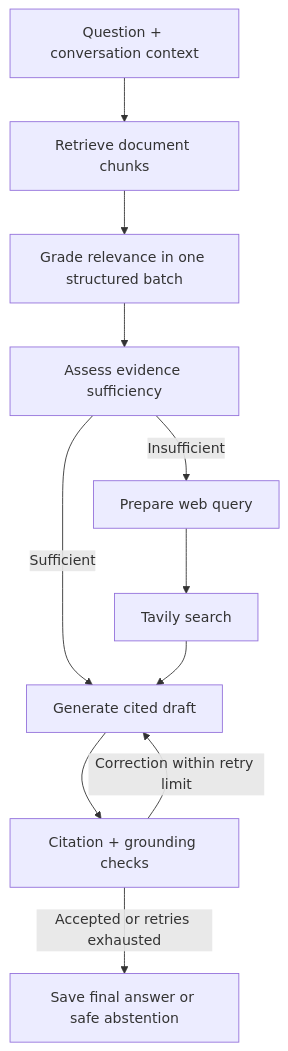
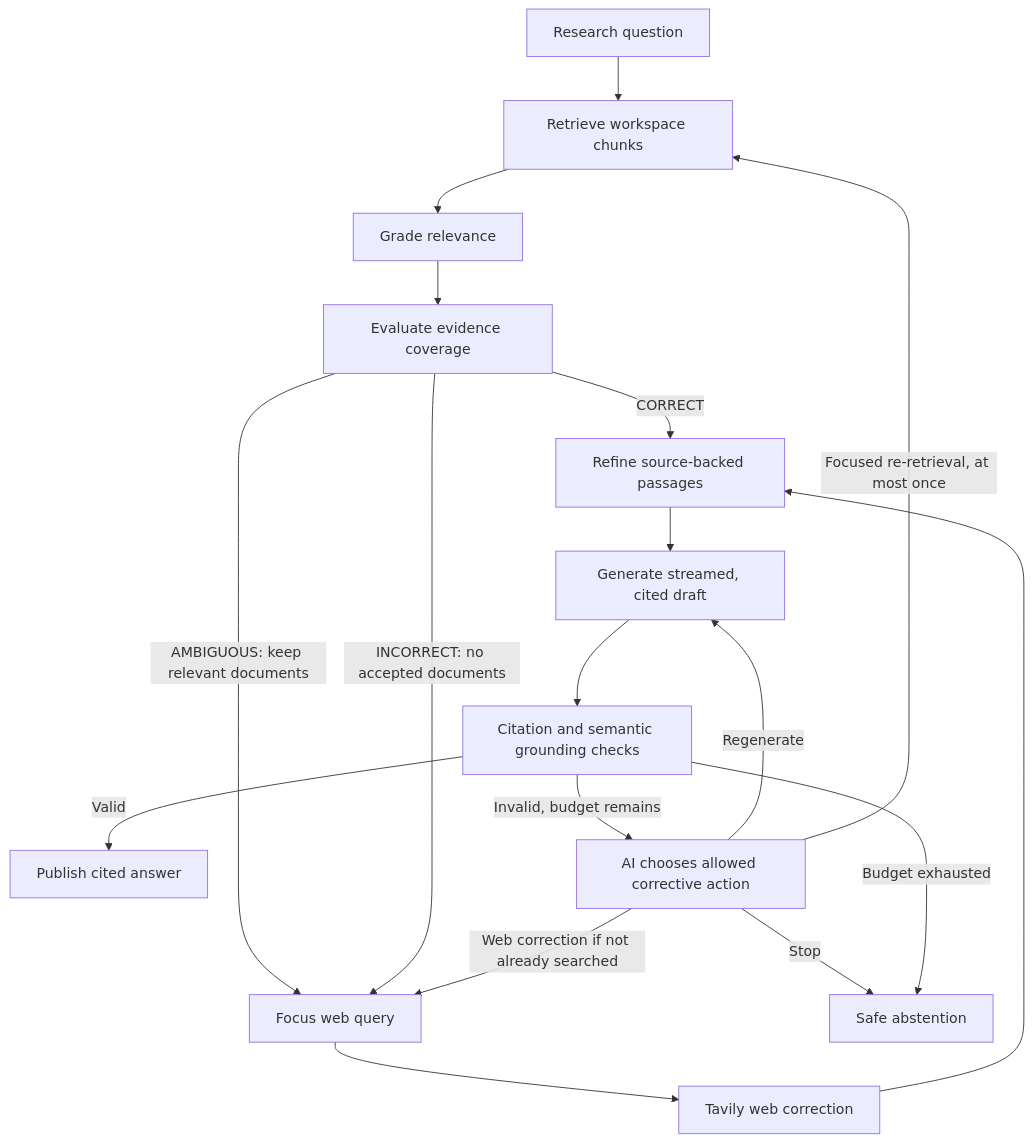
The second of 2 diagrams in README.md (Shivasaiyadav08/Crebry-Agentic-CRAG-Research), drawn with Mermaid before and after one commit. The commit also changed other lines of this file and 15 other files, not shown here.

````diff
--- a/README.md
+++ b/README.md
@@ -53,13 +61,20 @@
 ```mermaid
 flowchart TD
-    Q[Question + conversation context] --> R[Retrieve document chunks]
-    R --> G[Grade relevance in one structured batch]
-    G --> A[Assess evidence sufficiency]
-    A -->|Sufficient| Generate[Generate cited draft]
-    A -->|Insufficient| Rewrite[Prepare web query]
-    Rewrite --> Search[Tavily search]
-    Search --> Generate
-    Generate --> Validate[Citation + grounding checks]
-    Validate -->|Correction within retry limit| Generate
-    Validate -->|Accepted or retries exhausted| Final[Save final answer or safe abstention]
+    Q[Research question] --> R[Retrieve workspace chunks]
+    R --> G[Grade relevance]
+    G --> A[Evaluate evidence coverage]
+    A -->|CORRECT| F[Refine source-backed passages]
+    A -->|AMBIGUOUS: keep relevant documents| Rewrite[Focus web query]
+    A -->|INCORRECT: no accepted documents| Rewrite
+    Rewrite --> Search[Tavily web correction]
+    Search --> F
+    F --> Generate[Generate streamed, cited draft]
+    Generate --> Validate[Citation and semantic grounding checks]
+    Validate -->|Valid| Final[Publish cited answer]
+    Validate -->|Invalid, budget remains| Plan[AI chooses allowed corrective action]
+    Plan -->|Regenerate| Generate
+    Plan -->|Focused re-retrieval, at most once| R
+    Plan -->|Web correction if not already searched| Rewrite
+    Plan -->|Stop| Abstain[Safe abstention]
+    Validate -->|Budget exhausted| Abstain
 ```
````
